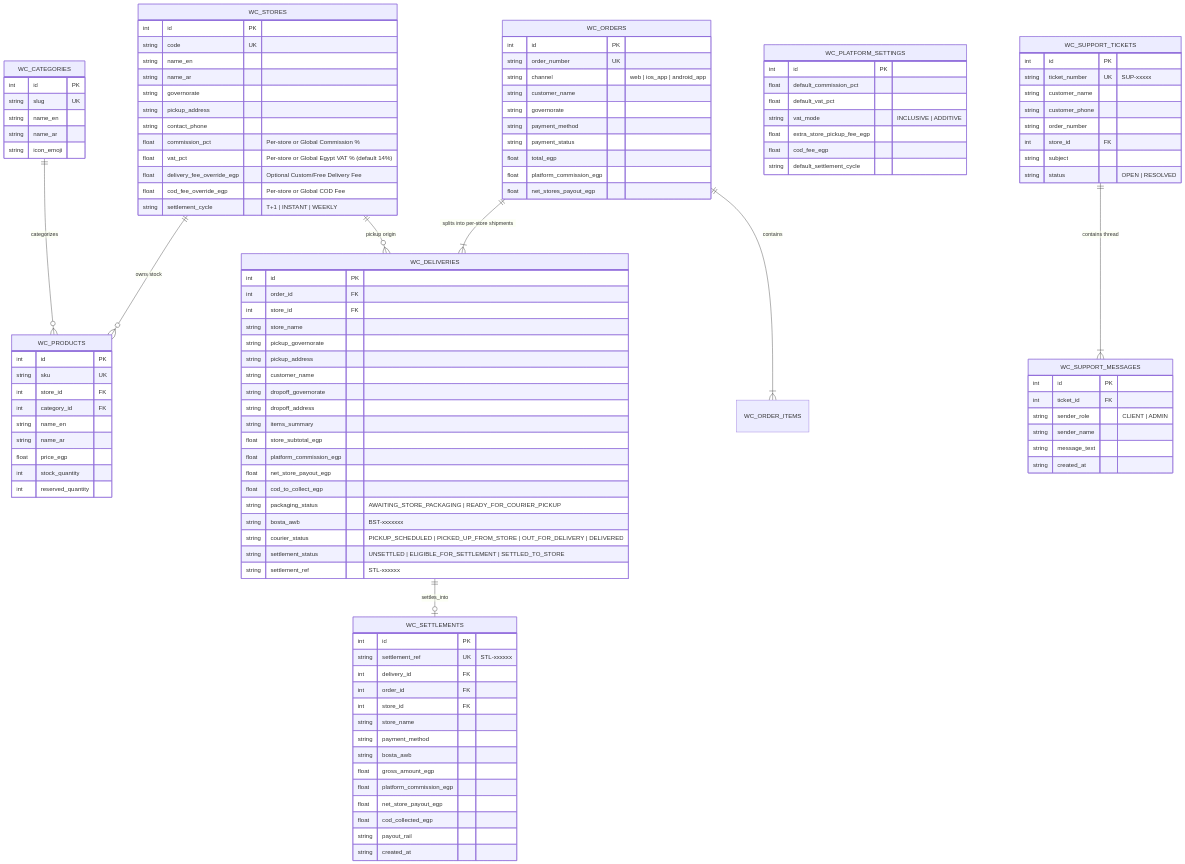
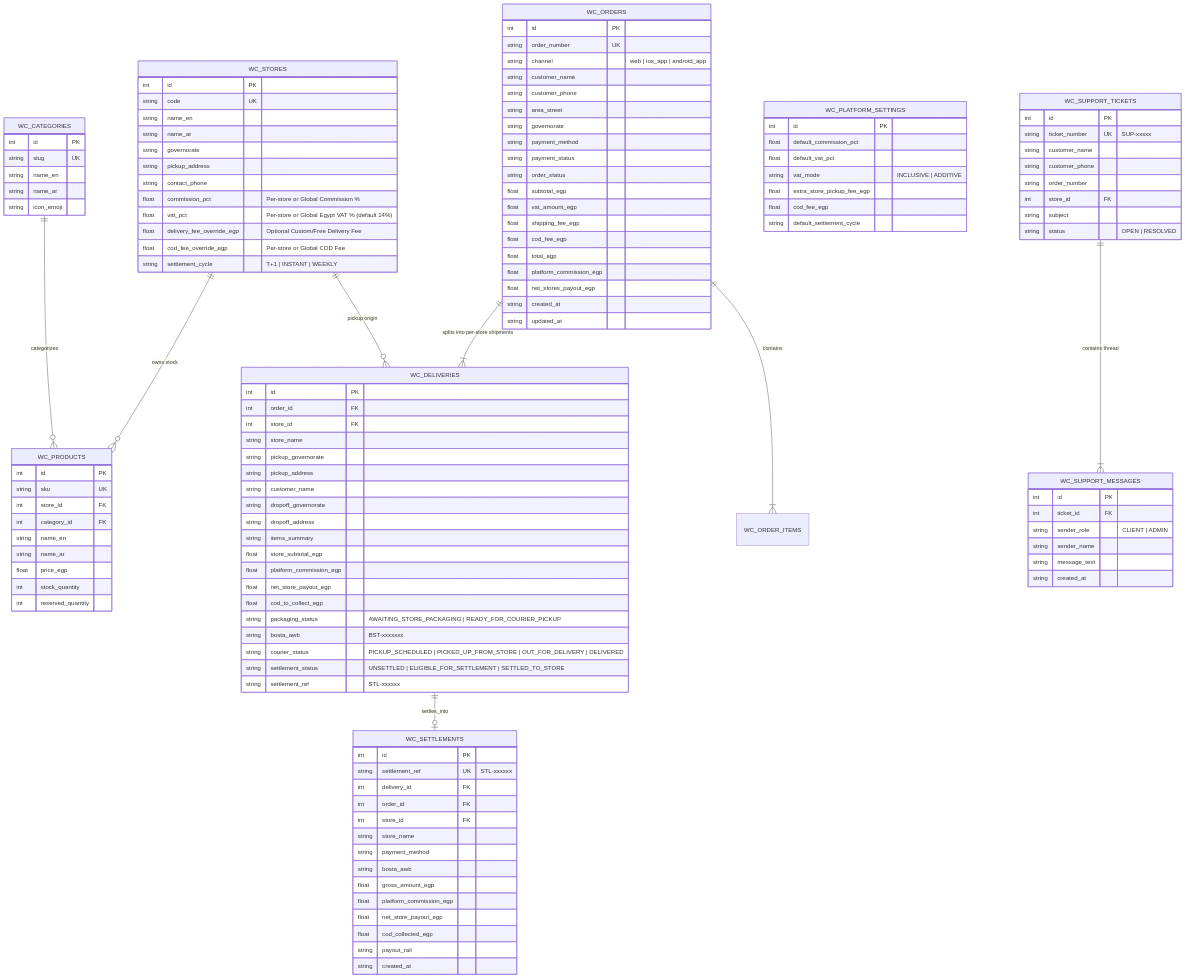
One commit to Sameh1122/bassem_sales changed the second of 2 diagrams in docs/Architecture_and_Integrations.md. Above: the diagram before and after it, drawn with Mermaid. The commit also changed other lines of this file and 10 other files, not shown here.

```diff
--- a/docs/Architecture_and_Integrations.md
+++ b/docs/Architecture_and_Integrations.md
@@ -147,12 +154,21 @@
         string order_number UK
         string channel "web | ios_app | android_app"
         string customer_name
+        string customer_phone
+        string area_street
         string governorate
         string payment_method
         string payment_status
+        string order_status
+        float subtotal_egp
+        float vat_amount_egp
+        float shipping_fee_egp
+        float cod_fee_egp
         float total_egp
         float platform_commission_egp
         float net_stores_payout_egp
+        string created_at
+        string updated_at
     }
 
     WC_DELIVERIES ||--o| WC_SETTLEMENTS : "settles_into"
```
